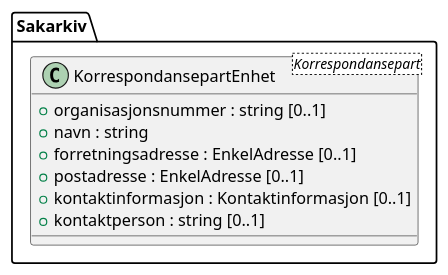
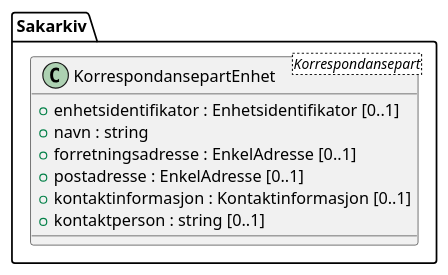
The diagram in kapitler/media/uml-class-korrespondansepartenhet.iuml (arkivverket/noark5-tjenestegrensesnitt-standard), drawn with PlantUML before and after one commit. The commit also changed 14 other files, not shown here.

```diff
--- a/kapitler/media/uml-class-korrespondansepartenhet.iuml
+++ b/kapitler/media/uml-class-korrespondansepartenhet.iuml
@@ -1,10 +1,10 @@
 @startuml
 class Sakarkiv.KorrespondansepartEnhet <Korrespondansepart> {
-  +organisasjonsnummer : string [0..1]
+  +enhetsidentifikator : Enhetsidentifikator [0..1]
   +navn : string
   +forretningsadresse : EnkelAdresse [0..1]
   +postadresse : EnkelAdresse [0..1]
   +kontaktinformasjon : Kontaktinformasjon [0..1]
   +kontaktperson : string [0..1]
 }
 @enduml
```
